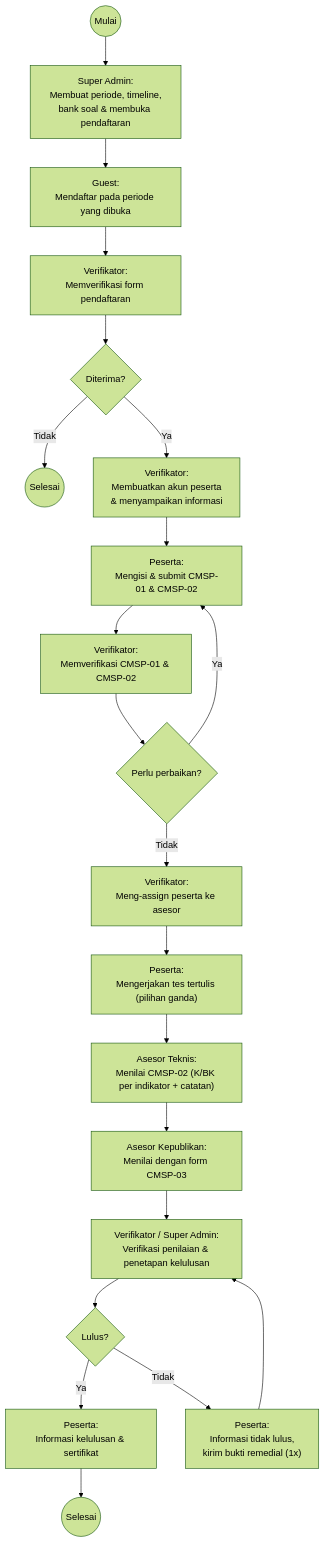
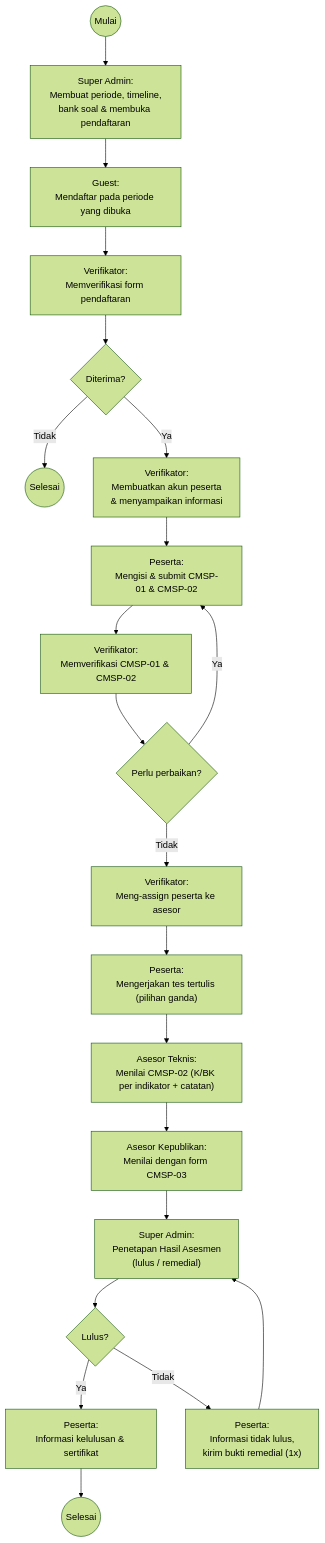
Before and after one commit to FernandoJM1211/sertifikasi-coaching-mentoring: the diagram in docs/01-gambaran-sistem.md, drawn with Mermaid (forest theme). The commit also changed other lines of this file and 27 other files, not shown here.

First line of the commit message:
feat: Penetapan Hasil Asesmen (tahap 7) dan urutan wajib penilaian

````diff
--- a/docs/01-gambaran-sistem.md
+++ b/docs/01-gambaran-sistem.md
@@ -70,23 +70,23 @@
 ```mermaid
 flowchart TD
     S((Mulai)) --> A1["Super Admin:<br/>Membuat periode, timeline,<br/>bank soal & membuka pendaftaran"]
     A1 --> G1["Guest:<br/>Mendaftar pada periode yang dibuka"]
     G1 --> V1["Verifikator:<br/>Memverifikasi form pendaftaran"]
     V1 --> D1{Diterima?}
     D1 -- Tidak --> E1((Selesai))
     D1 -- Ya --> V2["Verifikator:<br/>Membuatkan akun peserta<br/>& menyampaikan informasi"]
     V2 --> P1["Peserta:<br/>Mengisi & submit CMSP-01 & CMSP-02"]
     P1 --> V3["Verifikator:<br/>Memverifikasi CMSP-01 & CMSP-02"]
     V3 --> D2{Perlu perbaikan?}
     D2 -- Ya --> P1
     D2 -- Tidak --> V4["Verifikator:<br/>Meng-assign peserta ke asesor"]
     V4 --> P2["Peserta:<br/>Mengerjakan tes tertulis (pilihan ganda)"]
     P2 --> AT["Asesor Teknis:<br/>Menilai CMSP-02 (K/BK per indikator + catatan)"]
     AT --> AK["Asesor Kepublikan:<br/>Menilai dengan form CMSP-03"]
-    AK --> V5["Verifikator / Super Admin:<br/>Verifikasi penilaian & penetapan kelulusan"]
+    AK --> V5["Super Admin:<br/>Penetapan Hasil Asesmen<br/>(lulus / remedial)"]
     V5 --> D3{Lulus?}
     D3 -- Ya --> P3["Peserta:<br/>Informasi kelulusan & sertifikat"]
     P3 --> E2((Selesai))
     D3 -- Tidak --> P4["Peserta:<br/>Informasi tidak lulus,<br/>kirim bukti remedial (1x)"]
     P4 --> V5
 ```
````
